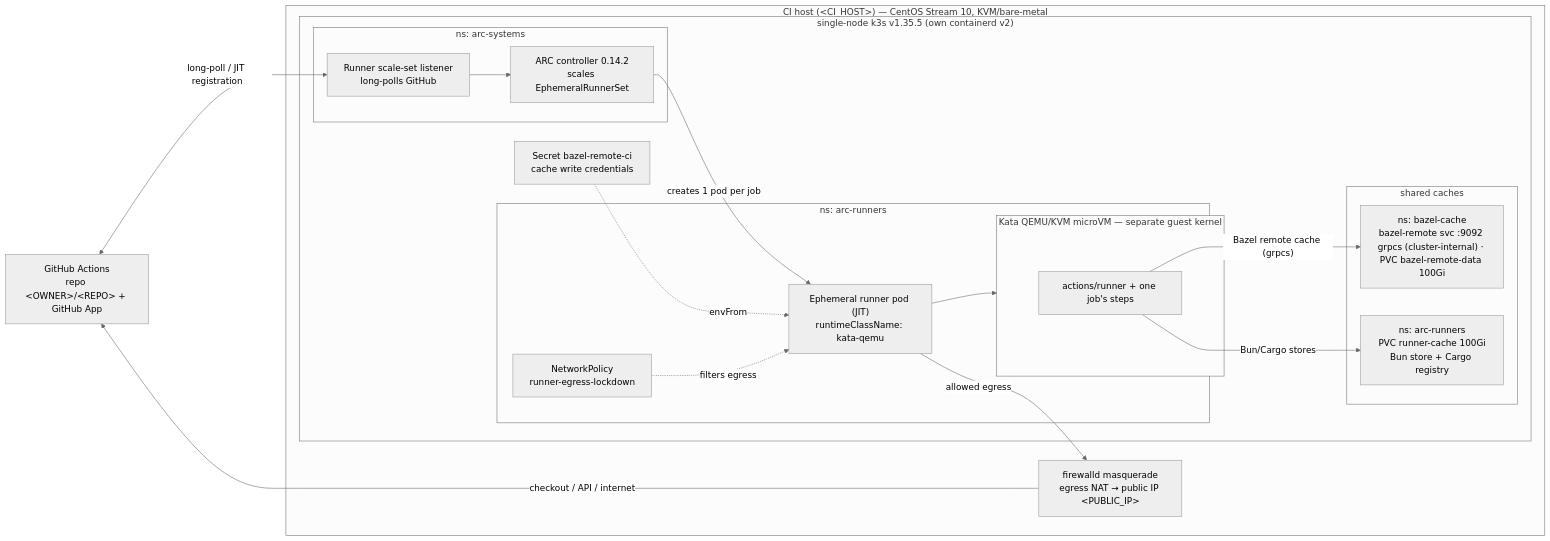
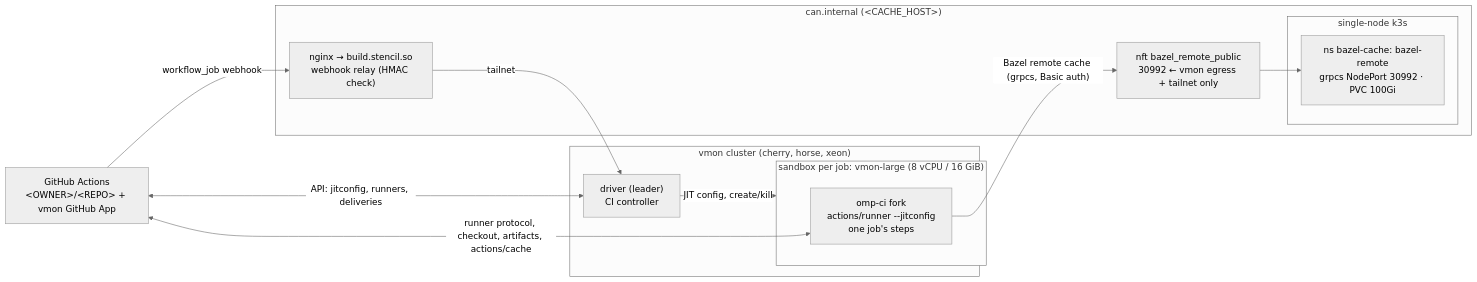
One commit to Abelo9996/oh-my-pi changed the diagram in infra/docs/README.md. Above: the diagram before and after it, drawn with Mermaid (neutral theme). The commit also changed other lines of this file and 27 other files, not shown here.

First line of the commit message:
ci: migrated CI infrastructure from kata-based pods to vmon sandboxes

````diff
--- a/infra/docs/README.md
+++ b/infra/docs/README.md
@@ -9,37 +7,27 @@
 ```mermaid
 flowchart LR
-    GH["GitHub Actions<br/>repo &lt;OWNER&gt;/&lt;REPO&gt; + GitHub App"]
+    GH["GitHub Actions<br/>&lt;OWNER&gt;/&lt;REPO&gt; + vmon GitHub App"]
 
-    subgraph HOST["CI host (&lt;CI_HOST&gt;) — CentOS Stream 10, KVM/bare-metal"]
-      NAT["firewalld masquerade<br/>egress NAT → public IP &lt;PUBLIC_IP&gt;"]
-      subgraph K3S["single-node k3s v1.35.5 (own containerd v2)"]
-        subgraph SYS["ns: arc-systems"]
-          LIS["Runner scale-set listener<br/>long-polls GitHub"]
-          CTRL["ARC controller 0.14.2<br/>scales EphemeralRunnerSet"]
-        end
-        subgraph RUN["ns: arc-runners"]
-          NP["NetworkPolicy<br/>runner-egress-lockdown"]
-          POD["Ephemeral runner pod (JIT)<br/>runtimeClassName: kata-qemu"]
-          subgraph VM["Kata QEMU/KVM microVM — separate guest kernel"]
-            JOB["actions/runner + one job's steps"]
-          end
-        end
-        subgraph CACHE["shared caches"]
-          BRC["ns: bazel-cache<br/>bazel-remote svc :9092 grpcs (cluster-internal) · PVC bazel-remote-data 100Gi"]
-          PVC["ns: arc-runners<br/>PVC runner-cache 100Gi<br/>Bun store + Cargo registry"]
-        end
-        SEC["Secret bazel-remote-ci<br/>cache write credentials"]
+    subgraph CAN["can.internal (&lt;CACHE_HOST&gt;)"]
+      RELAY["nginx → build.stencil.so<br/>webhook relay (HMAC check)"]
+      subgraph K3S["single-node k3s"]
+        BRC["ns bazel-cache: bazel-remote<br/>grpcs NodePort 30992 · PVC 100Gi"]
+      end
+      NFT["nft bazel_remote_public<br/>30992 ← vmon egress + tailnet only"]
+    end
+
+    subgraph VMON["vmon cluster (cherry, horse, xeon)"]
+      DRV["driver (leader)<br/>CI controller"]
+      subgraph SB["sandbox per job: vmon-large (8 vCPU / 16 GiB)"]
+        JOB["omp-ci fork<br/>actions/runner --jitconfig<br/>one job's steps"]
       end
     end
 
-    GH <-->|"long-poll / JIT registration"| LIS
-    LIS --> CTRL
-    CTRL -->|"creates 1 pod per job"| POD
-    POD --> VM
-    SEC -.->|"envFrom"| POD
-    NP -.->|"filters egress"| POD
-    JOB -->|"Bazel remote cache (grpcs)"| BRC
-    JOB -->|"Bun/Cargo stores"| PVC
-    POD -->|"allowed egress"| NAT
-    NAT -->|"checkout / API / internet"| GH
+    GH -->|"workflow_job webhook"| RELAY
+    RELAY -->|"tailnet"| DRV
+    DRV -->|"JIT config, create/kill"| SB
+    DRV <-->|"API: jitconfig, runners, deliveries"| GH
+    JOB <-->|"runner protocol, checkout, artifacts, actions/cache"| GH
+    JOB -->|"Bazel remote cache (grpcs, Basic auth)"| NFT
+    NFT --> BRC
 ```
````
